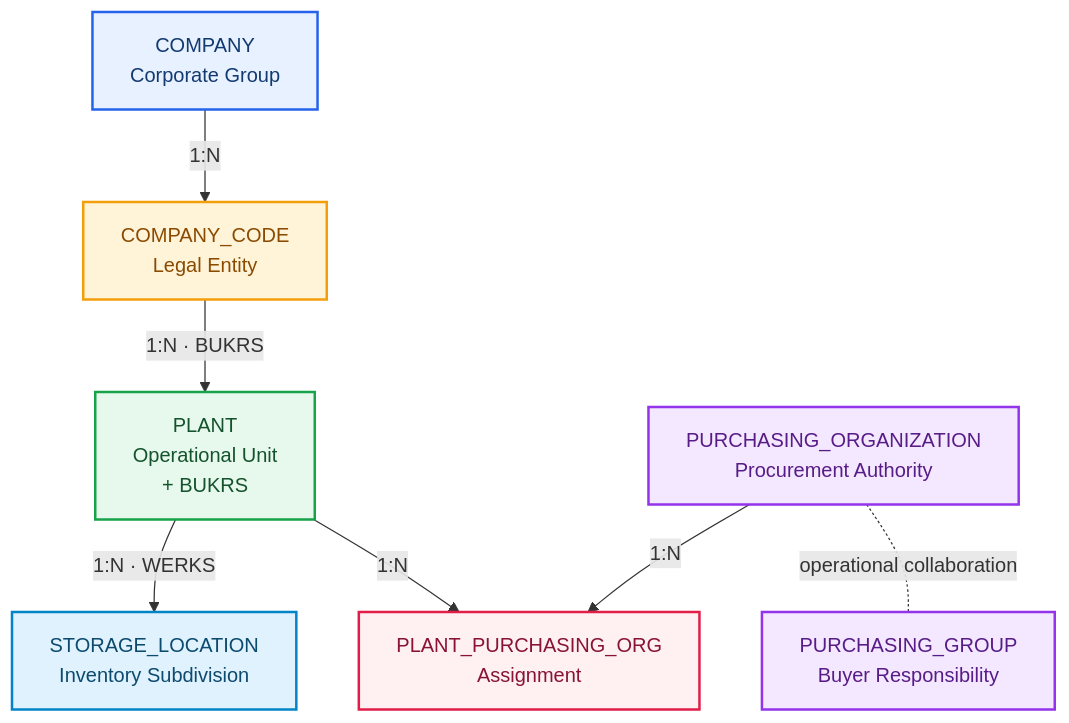
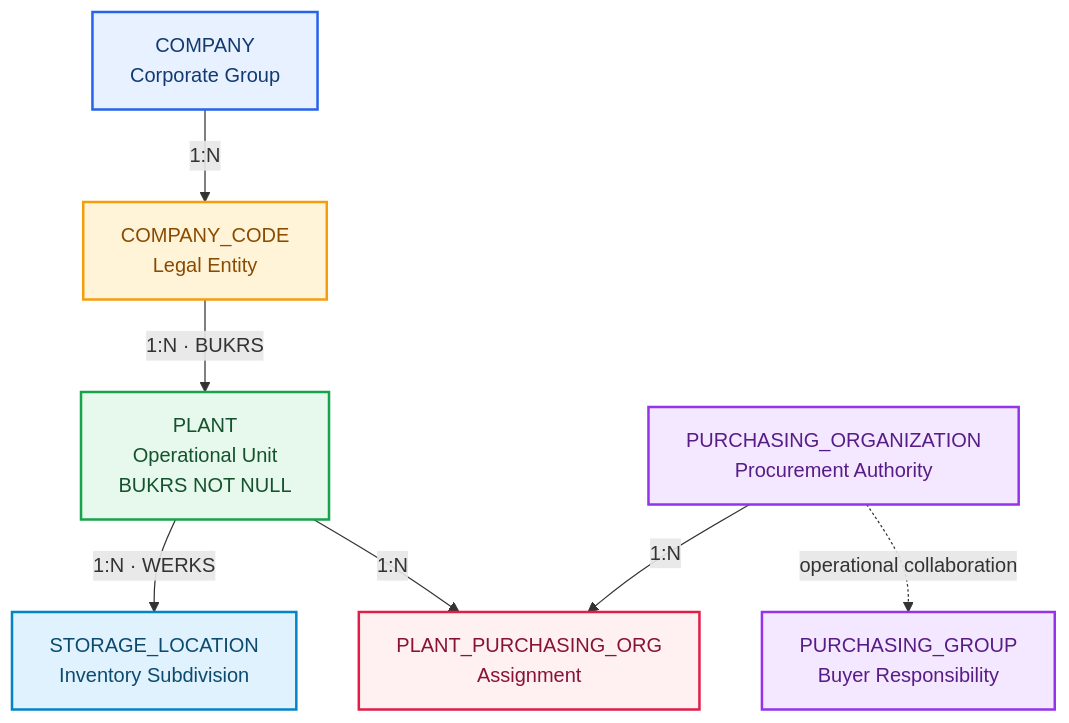
Before and after one commit to OrlandoCaetano2026/SAP_HANA_Cloud_Data_Engineering_Learning: the second of 2 diagrams in Industrial-Data-Universe/Blueprint/BR/industrial-data-universe-blueprint.md, drawn with Mermaid. The commit also changed other lines of this file and 35 other files, not shown here.

````diff
--- a/Industrial-Data-Universe/Blueprint/BR/industrial-data-universe-blueprint.md
+++ b/Industrial-Data-Universe/Blueprint/BR/industrial-data-universe-blueprint.md
@@ -86,22 +61,22 @@
 ```mermaid
 flowchart TB
     C["COMPANY<br/>Corporate Group"]:::corporate
     CC["COMPANY_CODE<br/>Legal Entity"]:::legal
-    P["PLANT<br/>Operational Unit<br/>+ BUKRS"]:::plant
+    P["PLANT<br/>Operational Unit<br/>BUKRS NOT NULL"]:::plant
     S["STORAGE_LOCATION<br/>Inventory Subdivision"]:::storage
     PO["PURCHASING_ORGANIZATION<br/>Procurement Authority"]:::purchasing
     PPO["PLANT_PURCHASING_ORG<br/>Assignment"]:::association
     PG["PURCHASING_GROUP<br/>Buyer Responsibility"]:::purchasing
     C -->|"1:N"| CC
     CC -->|"1:N · BUKRS"| P
     P -->|"1:N · WERKS"| S
     P -->|"1:N"| PPO
     PO -->|"1:N"| PPO
-    PO -. "operational collaboration" .- PG
+    PO -.->|"operational collaboration"| PG
     classDef corporate fill:#E8F1FF,stroke:#2563EB,color:#123A70,stroke-width:2px;
     classDef legal fill:#FFF3D8,stroke:#F59E0B,color:#8A4B00,stroke-width:2px;
     classDef plant fill:#E7F8EC,stroke:#16A34A,color:#14532D,stroke-width:2px;
     classDef storage fill:#E0F2FE,stroke:#0284C7,color:#0C4A6E,stroke-width:2px;
     classDef purchasing fill:#F3E8FF,stroke:#9333EA,color:#581C87,stroke-width:2px;
     classDef association fill:#FFF1F2,stroke:#E11D48,color:#881337,stroke-width:2px;
 ```
````
